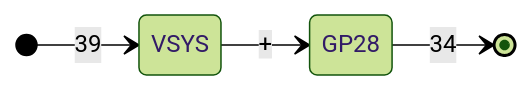
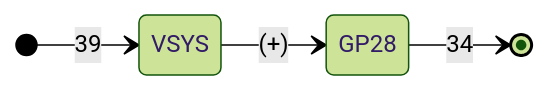
One commit to setrar/microelectronics changed the diagram in kits/sunfounder/lessons/0/README.md. Above: the diagram before and after it, drawn with Mermaid (forest theme).

````diff
--- a/kits/sunfounder/lessons/0/README.md
+++ b/kits/sunfounder/lessons/0/README.md
@@ -19,7 +19,7 @@
 ```mermaid
 stateDiagram-v2
     direction LR
     [*] --> VSYS : 39
-    VSYS --> GP28 : +
+    VSYS --> GP28 : (+)
     GP28 --> [*] : 34
 ```
````
